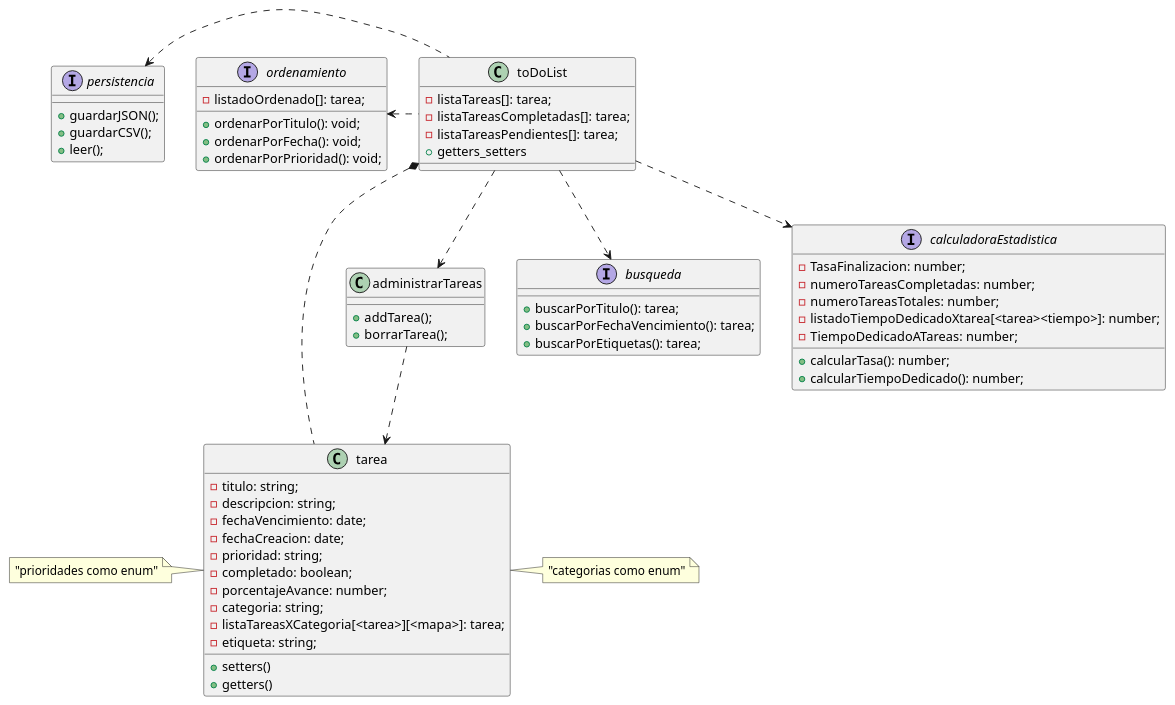
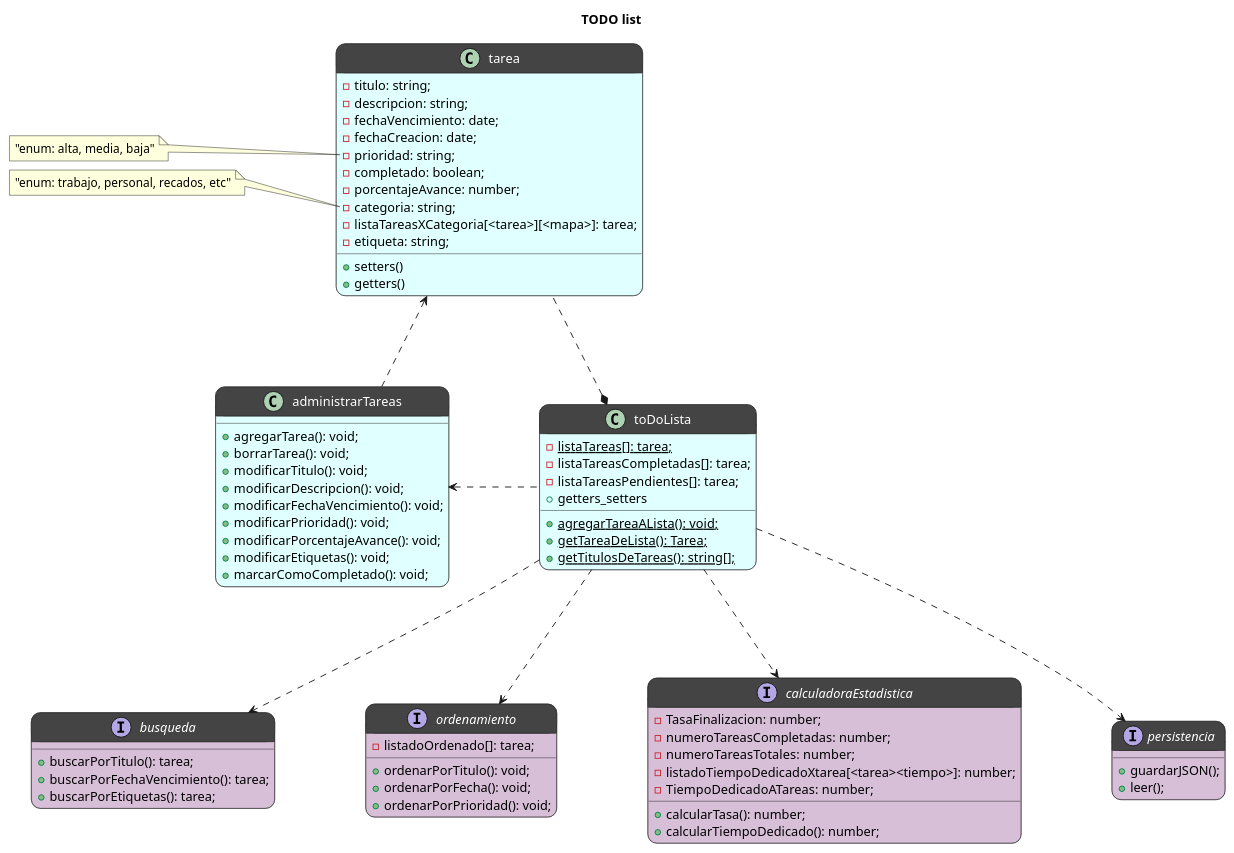
The diagram in todo_app/docs/diagrama.puml (FrancoLuduena-dev/To-DO-list), drawn with PlantUML before and after one commit. The commit also changed 2 other files, not shown here.

Commit message:
correcciones y actualizacion de diagrama de clases

```diff
--- a/todo_app/docs/diagrama.puml
+++ b/todo_app/docs/diagrama.puml
@@ -1,82 +1,111 @@
-@startuml diagrama
+@startuml diagrama clases
+title TODO list
 
-class toDoList{
-    -listaTareas[]: tarea;
-    -listaTareasCompletadas[]: tarea;
-    -listaTareasPendientes[]: tarea;
-    +getters_setters
+class toDoLista #LightCyan;header:444{
+    - {static} listaTareas[]: tarea;
+    - listaTareasCompletadas[]: tarea;
+    - listaTareasPendientes[]: tarea;
+    + getters_setters
+    + {static} agregarTareaALista(): void;
+    + {static} getTareaDeLista(): Tarea;
+    + {static} getTitulosDeTareas(): string[];
 }
 
-class tarea{
-    -titulo: string;
-    -descripcion: string;
-    -fechaVencimiento: date;
+
+class tarea #LightCyan;header:444{
+    - titulo: string;
+    - descripcion: string;
+    - fechaVencimiento: date;
     ' lo cambie a "date" que es un tipo de objeto de javascript que funciona en typescript y deja poner fechas de una.
-    -fechaCreacion: date;
+    - fechaCreacion: date;
     ' la agrego porque para hacer la estadistica de cuanto tiempo se tardo, la forma mas simple que se me ocurre es poner la fecha de creacion, y cuando lo pasas a completado, comparar con la fecha de finalizacion y calcular los dias transcurridos
-    -prioridad: string;  
-    -completado: boolean;
-    -porcentajeAvance: number;
-    -categoria: string;
-    -listaTareasXCategoria[<tarea>][<mapa>]: tarea;
-    -etiqueta: string;
-    +setters()
-    +getters()
+    - prioridad: string;
+    - completado: boolean;
+    - porcentajeAvance: number;
+    - categoria: string;
+    - listaTareasXCategoria[<tarea>][<mapa>]: tarea;
+    - etiqueta: string;
+    + setters()
+    + getters()
 }
 
-class administrarTareas {
-    +addTarea();
-    +borrarTarea();
+class administrarTareas #LightCyan;header:444{
+    + agregarTarea(): void;
+    + borrarTarea(): void;
+    'agrego los metodos para modificar las tareas. Estos metodos deberian usar el setter, y aparte hacer que se guarde los cambios al JSON.
+    + modificarTitulo(): void;
+    + modificarDescripcion(): void;
+    + modificarFechaVencimiento(): void;
+    + modificarPrioridad(): void;
+    + modificarPorcentajeAvance(): void;
+    + modificarEtiquetas(): void;
+    'ver una forma de unificar estos metodos de modificacion
+    + marcarComoCompletado(): void;
+    'este metodo no estoy seguro si deberia existir o simplemente que cuando pongan el porcentaje de avance en 100, el atributo completado cambie a true.
 }
 
-interface busqueda{
-    +buscarPorTitulo(): tarea;
-    +buscarPorFechaVencimiento(): tarea;
-    +buscarPorEtiquetas(): tarea;
+
+interface busqueda #Thistle;header:444{
+    + buscarPorTitulo(): tarea;
+    + buscarPorFechaVencimiento(): tarea;
+    + buscarPorEtiquetas(): tarea;
 }
 
-interface ordenamiento{
-    -listadoOrdenado[]: tarea;
-    +ordenarPorTitulo(): void;
-    +ordenarPorFecha(): void;
-    +ordenarPorPrioridad(): void;
+interface ordenamiento #Thistle;header:444{
+    - listadoOrdenado[]: tarea;
+    + ordenarPorTitulo(): void;
+    + ordenarPorFecha(): void;
+    + ordenarPorPrioridad(): void;
 }
 
-interface calculadoraEstadistica{
-    -TasaFinalizacion: number;
-    -numeroTareasCompletadas: number;
-    -numeroTareasTotales: number;
+interface calculadoraEstadistica #Thistle;header:444{
+    - TasaFinalizacion: number;
+    - numeroTareasCompletadas: number;
+    - numeroTareasTotales: number;
     'le saque que sea coleccion, es una tasa (tareasFinalizadas/tareasTotales)
-    -listadoTiempoDedicadoXtarea[<tarea><tiempo>]: number;
+    - listadoTiempoDedicadoXtarea[<tarea><tiempo>]: number;
     'esto serviria si hacemos algunas estadisticas que sean algo asi como "promedio de tiempo para resolucion de tareas", o "tiempo dedicado a X categoria / etiqueta", sino yo pondria
-    -TiempoDedicadoATareas: number;
+    - TiempoDedicadoATareas: number;
     'este simplemente sumaria el tiempo desde la creacion de la tarea hasta ahora. Tambien se puede separar en tiempo dedicado a teareas completadas y tiempo dedicado a tareas no completadas
-    +calcularTasa(): number;
-    +calcularTiempoDedicado(): number;
+    + calcularTasa(): number;
+    + calcularTiempoDedicado(): number;
 }
 
-interface persistencia{
+interface persistencia #Thistle;header:444{
     + guardarJSON();
-    + guardarCSV();
     + leer();
-    'el tp pide guardar en JSON y texto plano, yo diria que usemos CSV para texto plano (valores separados por comas)
+    'borre guardar texto plano por que era JSON al final.
 }
 
-toDoList ..> administrarTareas
-administrarTareas ..> tarea
-toDoList ..> calculadoraEstadistica
-toDoList ..> busqueda
-toDoList .l.> ordenamiento
-toDoList *.d. tarea
-toDoList .l.> persistencia
+'relaciones
+skinparam ranksep 100
+'cambia el largo de las flechas
+skinparam nodesep 100
+'cambia la distancia entre los cuadrados
 
-note right of tarea 
-"categorias como enum"
+toDoLista .l.> administrarTareas
+administrarTareas .l.> tarea
+toDoLista *.. tarea
+toDoLista ..> calculadoraEstadistica
+toDoLista ..> busqueda
+toDoLista ..> ordenamiento
+toDoLista ..> persistencia
+
+
+'notas
+note left of tarea::prioridad
+"enum: alta, media, baja"
 endnote
 
-note left of tarea
-"prioridades como enum"
+note left of tarea::categoria
+"enum: trabajo, personal, recados, etc"
 endnote
 
 
+'diseño
+skinparam roundcorner 20
+'cambia las esquinas de las clases para hacerlas mas redondeadas
+skinparam classFontColor automatic
+'cambia el color de fuente de todas las clases asi se ve en blanco sobre el fondo oscuro.
+
 @enduml
```
